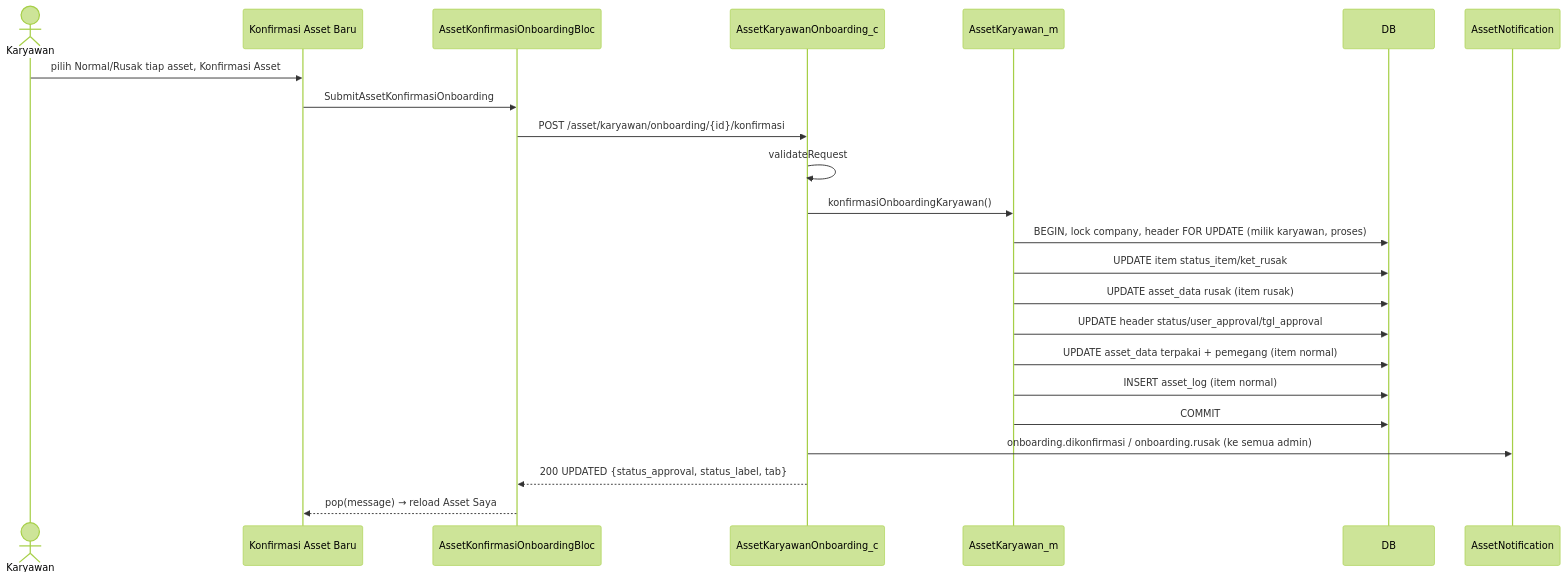
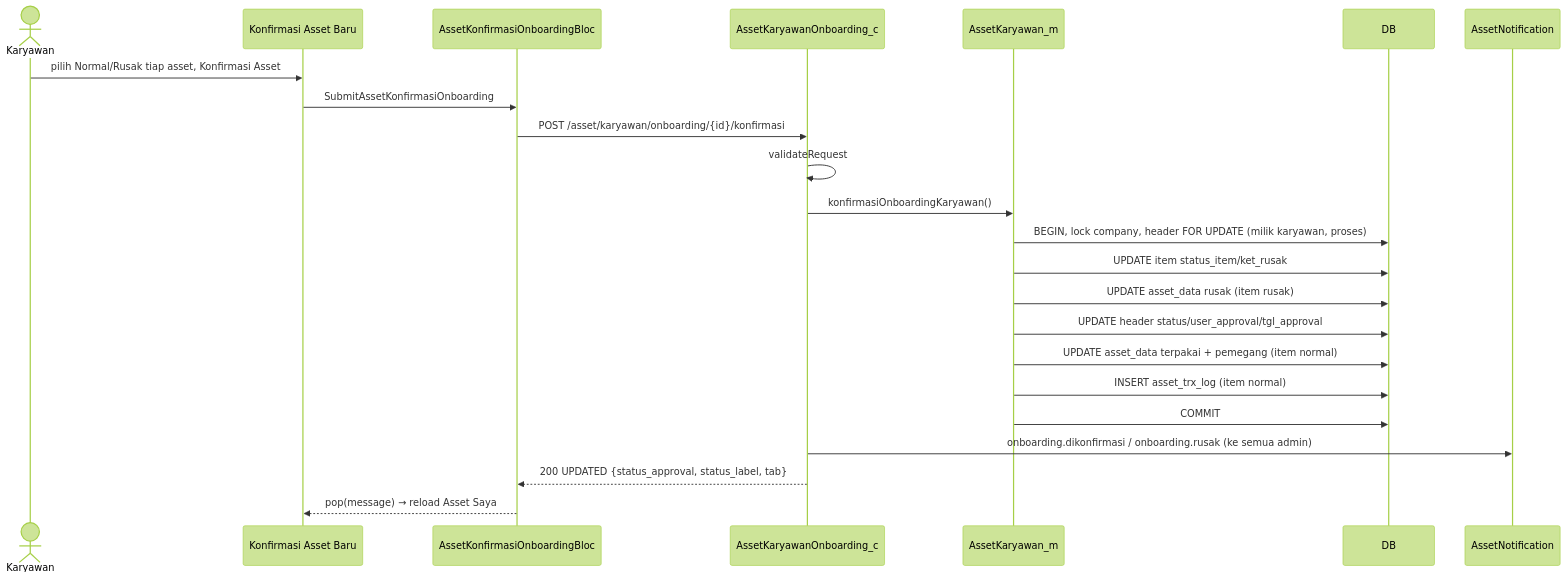
Before and after one commit to setiyawan12/DOKUMENTASI-ASSET: the third of 6 diagrams in dokumentasi-asset-onboarding-karyawan.md, drawn with Mermaid (forest theme). The commit also changed other lines of this file and 34 other files, not shown here.

````diff
--- a/dokumentasi-asset-onboarding-karyawan.md
+++ b/dokumentasi-asset-onboarding-karyawan.md
@@ -443,26 +445,26 @@
 ```mermaid
 sequenceDiagram
     actor K as Karyawan
     participant UI as Konfirmasi Asset Baru
     participant Bloc as AssetKonfirmasiOnboardingBloc
     participant C as AssetKaryawanOnboarding_c
     participant M as AssetKaryawan_m
     participant DB
     participant N as AssetNotification
 
     K->>UI: pilih Normal/Rusak tiap asset, Konfirmasi Asset
     UI->>Bloc: SubmitAssetKonfirmasiOnboarding
     Bloc->>C: POST /asset/karyawan/onboarding/{id}/konfirmasi
     C->>C: validateRequest
     C->>M: konfirmasiOnboardingKaryawan()
     M->>DB: BEGIN, lock company, header FOR UPDATE (milik karyawan, proses)
     M->>DB: UPDATE item status_item/ket_rusak
     M->>DB: UPDATE asset_data rusak (item rusak)
     M->>DB: UPDATE header status/user_approval/tgl_approval
     M->>DB: UPDATE asset_data terpakai + pemegang (item normal)
-    M->>DB: INSERT asset_log (item normal)
+    M->>DB: INSERT asset_trx_log (item normal)
     M->>DB: COMMIT
     C->>N: onboarding.dikonfirmasi / onboarding.rusak (ke semua admin)
     C-->>Bloc: 200 UPDATED {status_approval, status_label, tab}
     Bloc-->>UI: pop(message) → reload Asset Saya
 ```
````
